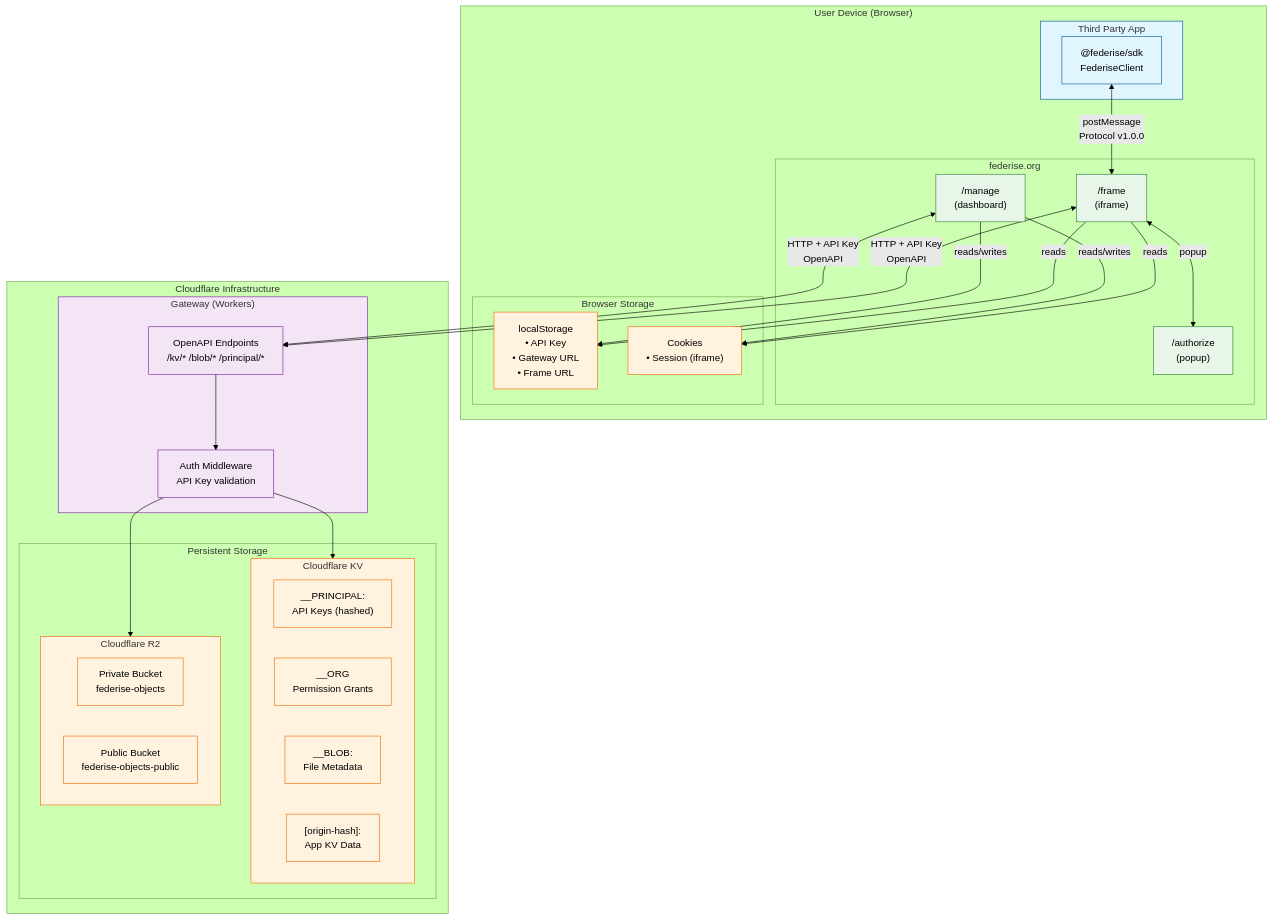
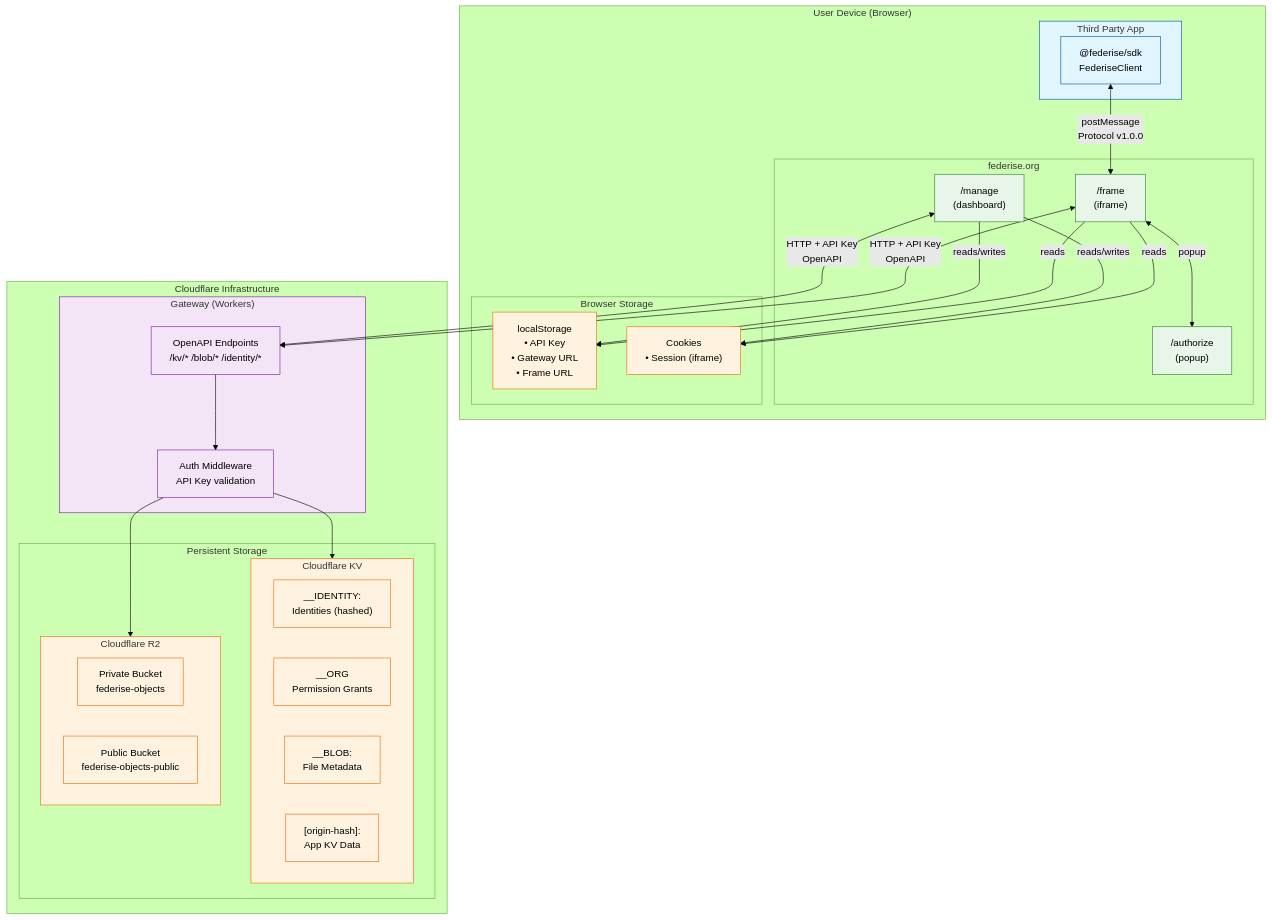
The first of 3 diagrams in description.md (Federise/monorepo), drawn with Mermaid (forest theme) before and after one commit. The commit also changed other lines of this file and 28 other files, not shown here.

First line of the commit message:
feat(identity): complete transition from principals to identities

````diff
--- a/description.md
+++ b/description.md
@@ -196,66 +196,66 @@
 ```mermaid
 flowchart TB
     subgraph UserDevice["User Device (Browser)"]
         subgraph HostApp["Third Party App"]
             SDK["@federise/sdk<br/>FederiseClient"]
         end
 
         subgraph OrgSite["federise.org"]
             Frame["/frame<br/>(iframe)"]
             Manage["/manage<br/>(dashboard)"]
             Authorize["/authorize<br/>(popup)"]
         end
 
         subgraph BrowserStorage["Browser Storage"]
             LS["localStorage<br/>• API Key<br/>• Gateway URL<br/>• Frame URL"]
             Cookies["Cookies<br/>• Session (iframe)"]
         end
     end
 
     subgraph CloudflareInfra["Cloudflare Infrastructure"]
         subgraph Gateway["Gateway (Workers)"]
-            API["OpenAPI Endpoints<br/>/kv/* /blob/* /principal/*"]
+            API["OpenAPI Endpoints<br/>/kv/* /blob/* /identity/*"]
             Auth["Auth Middleware<br/>API Key validation"]
         end
 
         subgraph Storage["Persistent Storage"]
             subgraph KV["Cloudflare KV"]
-                KV_Principal["__PRINCIPAL:<br/>API Keys (hashed)"]
+                KV_Identity["__IDENTITY:<br/>Identities (hashed)"]
                 KV_Org["__ORG<br/>Permission Grants"]
                 KV_Blob["__BLOB:<br/>File Metadata"]
                 KV_Data["[origin-hash]:<br/>App KV Data"]
             end
 
             subgraph R2["Cloudflare R2"]
                 R2_Private["Private Bucket<br/>federise-objects"]
                 R2_Public["Public Bucket<br/>federise-objects-public"]
             end
         end
     end
 
     %% Interfaces
     SDK <-->|"postMessage<br/>Protocol v1.0.0"| Frame
     Frame <-->|"popup"| Authorize
     Frame -->|"reads"| LS
     Frame -->|"reads"| Cookies
     Manage -->|"reads/writes"| LS
     Manage -->|"reads/writes"| Cookies
 
     Frame <-->|"HTTP + API Key<br/>OpenAPI"| API
     Manage <-->|"HTTP + API Key<br/>OpenAPI"| API
 
     API --> Auth
     Auth --> KV
     Auth --> R2
 
     %% Styling
     classDef app fill:#e1f5fe,stroke:#01579b
     classDef trusted fill:#e8f5e9,stroke:#2e7d32
     classDef storage fill:#fff3e0,stroke:#ef6c00
     classDef infra fill:#f3e5f5,stroke:#7b1fa2
 
     class HostApp,SDK app
     class Frame,Manage,Authorize trusted
-    class LS,Cookies,KV,R2,KV_Principal,KV_Org,KV_Blob,KV_Data,R2_Private,R2_Public storage
+    class LS,Cookies,KV,R2,KV_Identity,KV_Org,KV_Blob,KV_Data,R2_Private,R2_Public storage
     class Gateway,API,Auth infra
 ```
````
